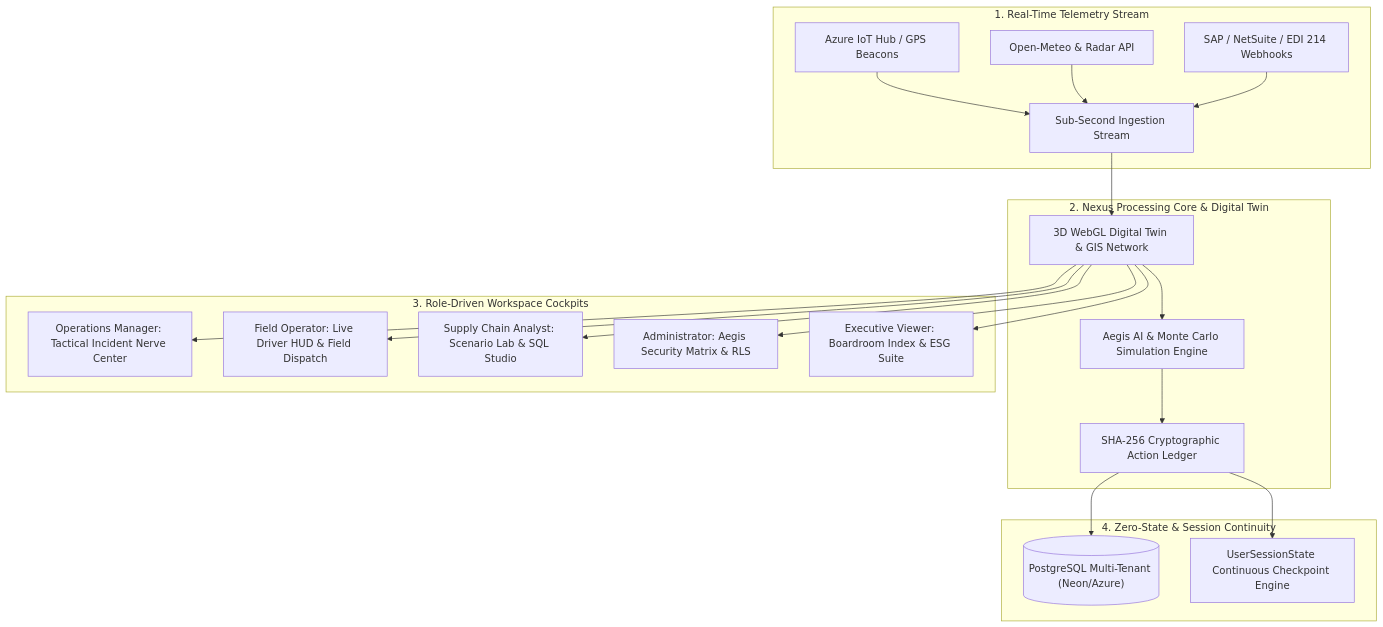
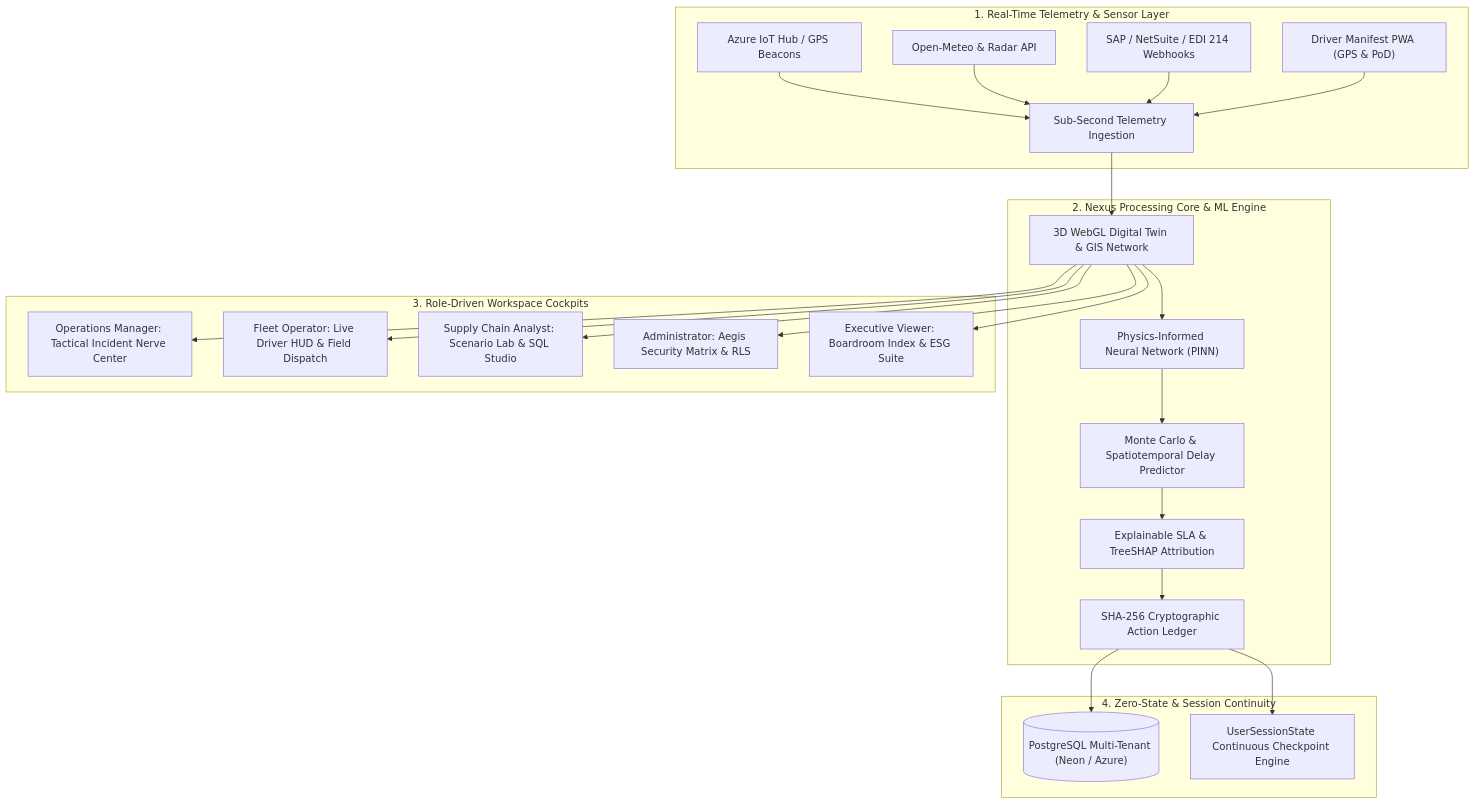
Before and after one commit to AadityaUniyal/Nexus: the diagram in README.md, drawn with Mermaid. The commit also changed other lines of this file and 83 other files, not shown here.

````diff
--- a/README.md
+++ b/README.md
@@ -50,27 +51,30 @@
 ```mermaid
 flowchart TD
-    subgraph IngestionLayer["1. Real-Time Telemetry Stream"]
-        IoT["Azure IoT Hub / GPS Beacons"] --> EdgePipe["Sub-Second Ingestion Stream"]
+    subgraph IngestionLayer["1. Real-Time Telemetry & Sensor Layer"]
+        IoT["Azure IoT Hub / GPS Beacons"] --> EdgePipe["Sub-Second Telemetry Ingestion"]
         Weather["Open-Meteo & Radar API"] --> EdgePipe
         ERP["SAP / NetSuite / EDI 214 Webhooks"] --> EdgePipe
+        DriverApp["Driver Manifest PWA (GPS & PoD)"] --> EdgePipe
     end
 
-    subgraph CoreEngine["2. Nexus Processing Core & Digital Twin"]
+    subgraph CoreEngine["2. Nexus Processing Core & ML Engine"]
         EdgePipe --> SpatialTwin["3D WebGL Digital Twin & GIS Network"]
-        SpatialTwin --> MonteCarlo["Aegis AI & Monte Carlo Simulation Engine"]
-        MonteCarlo --> Ledger["SHA-256 Cryptographic Action Ledger"]
+        SpatialTwin --> PINN["Physics-Informed Neural Network (PINN)"]
+        PINN --> MonteCarlo["Monte Carlo & Spatiotemporal Delay Predictor"]
+        MonteCarlo --> SHAP["Explainable SLA & TreeSHAP Attribution"]
+        SHAP --> Ledger["SHA-256 Cryptographic Action Ledger"]
     end
 
     subgraph BespokeCockpits["3. Role-Driven Workspace Cockpits"]
         SpatialTwin --> Mgr["Operations Manager: Tactical Incident Nerve Center"]
-        SpatialTwin --> Op["Field Operator: Live Driver HUD & Field Dispatch"]
+        SpatialTwin --> Op["Fleet Operator: Live Driver HUD & Field Dispatch"]
         SpatialTwin --> An["Supply Chain Analyst: Scenario Lab & SQL Studio"]
         SpatialTwin --> Ad["Administrator: Aegis Security Matrix & RLS"]
         SpatialTwin --> Ex["Executive Viewer: Boardroom Index & ESG Suite"]
     end
 
     subgraph PersistenceLayer["4. Zero-State & Session Continuity"]
-        Ledger --> Postgres[("PostgreSQL Multi-Tenant (Neon/Azure)")]
+        Ledger --> Postgres[("PostgreSQL Multi-Tenant (Neon / Azure)")]
         Ledger --> Checkpoints["UserSessionState Continuous Checkpoint Engine"]
     end
 ```
````
